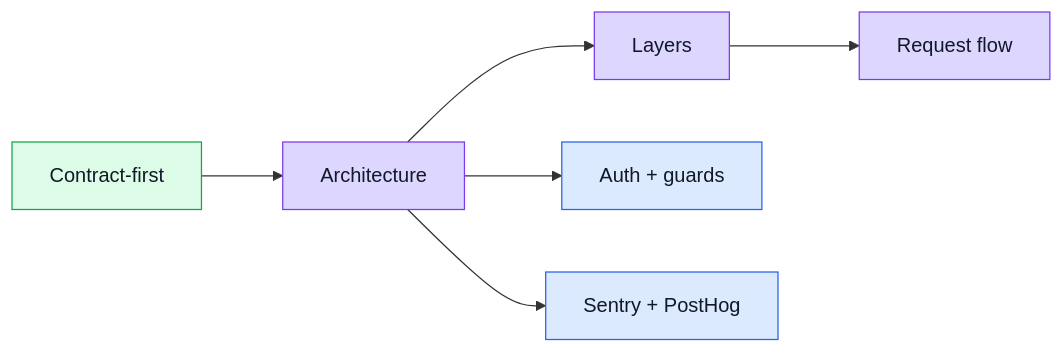
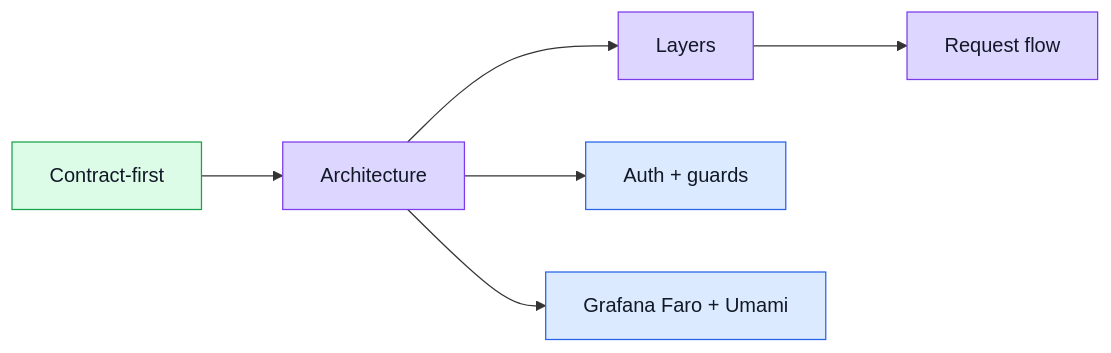
One commit to Guebbit/boilerplate-vue-frontend changed the diagram in docs/theory/index.md. Above: the diagram before and after it, drawn with Mermaid. The commit also changed other lines of this file and 99 other files, not shown here.

````diff
--- a/docs/theory/index.md
+++ b/docs/theory/index.md
@@ -8,16 +8,16 @@
 ```mermaid
 %%{init: {'flowchart': {'nodeSpacing': 50, 'rankSpacing': 65}}}%%
 flowchart LR
     Contract[Contract-first] --> Architecture[Architecture]
     Architecture --> Layers[Layers]
     Layers --> Flow[Request flow]
     Architecture --> Safety[Auth + guards]
-    Architecture --> Signals[Sentry + PostHog]
+    Architecture --> Signals[Grafana Faro + Umami]
 
     classDef contract fill:#dcfce7,stroke:#16a34a,color:#111827;
     classDef structure fill:#ddd6fe,stroke:#7c3aed,color:#111827;
     classDef ops fill:#dbeafe,stroke:#2563eb,color:#111827;
     class Contract contract;
     class Architecture,Layers,Flow structure;
     class Safety,Signals ops;
 ```
````
